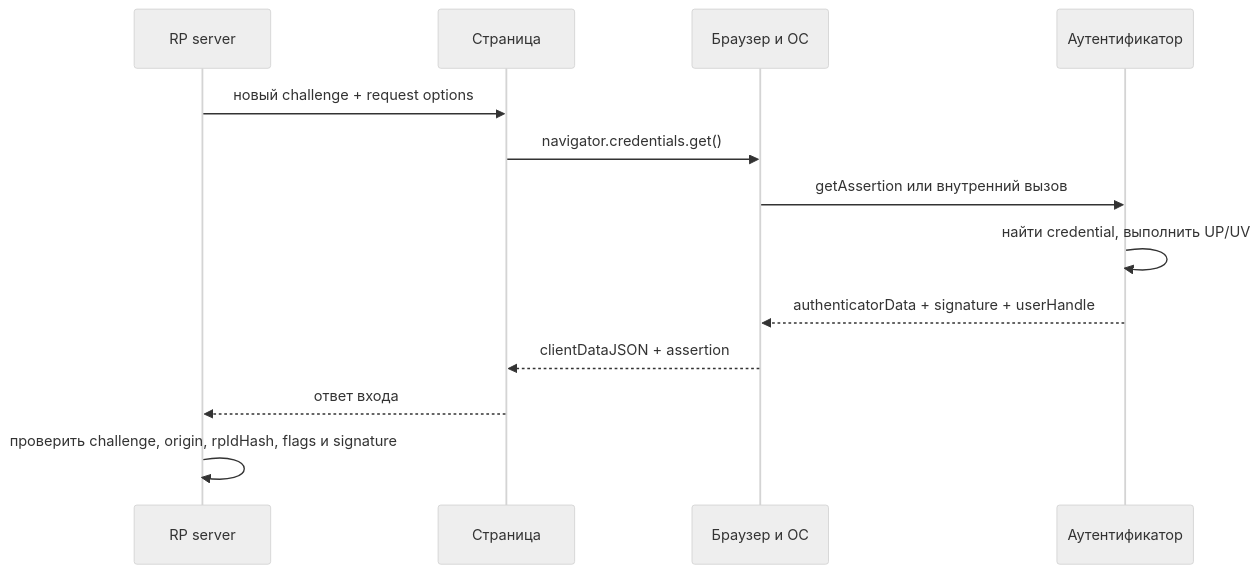
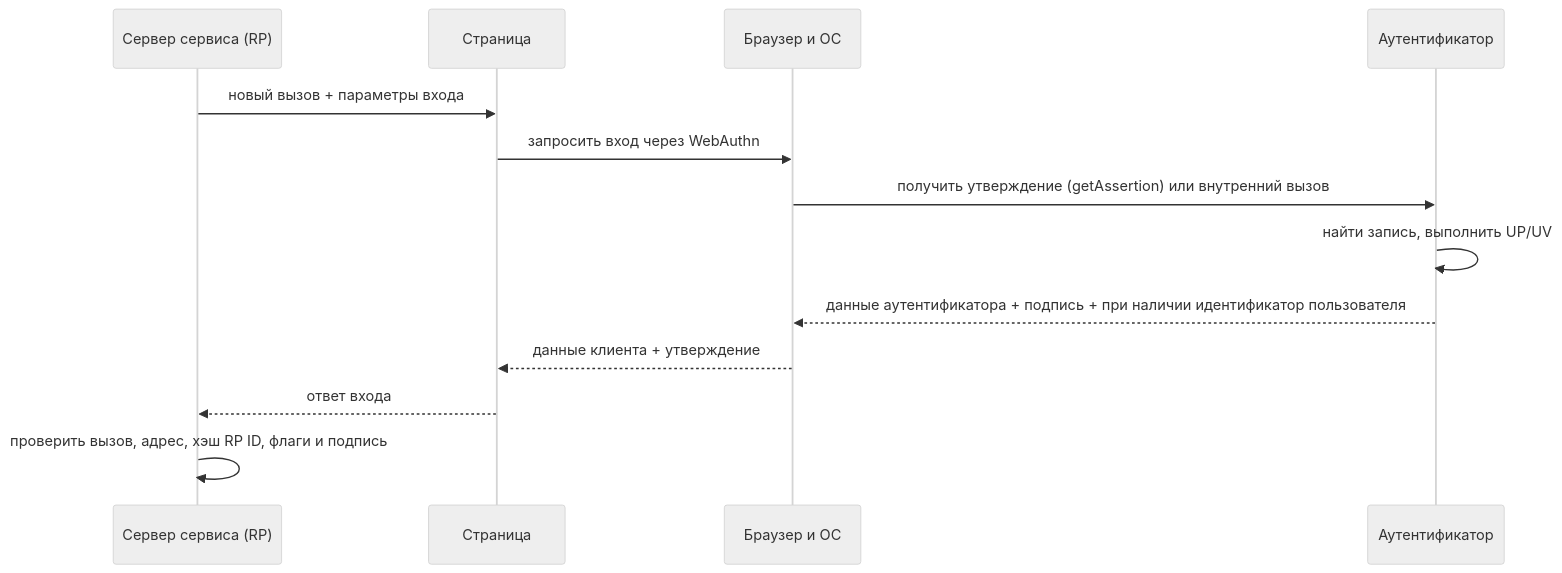
The third of 3 diagrams in FIDO/fido-protocols.md (zapret-discordyoutube/todo), drawn with Mermaid (neutral theme) before and after one commit. The commit also changed other lines of this file and 8 other files, not shown here.

````diff
--- a/FIDO/fido-protocols.md
+++ b/FIDO/fido-protocols.md
@@ -72,15 +140,15 @@
 ```mermaid
 sequenceDiagram
-    participant S as RP server
+    participant S as Сервер сервиса (RP)
     participant P as Страница
     participant C as Браузер и ОС
     participant A as Аутентификатор
-    S->>P: новый challenge + request options
-    P->>C: navigator.credentials.get()
-    C->>A: getAssertion или внутренний вызов
-    A->>A: найти credential, выполнить UP/UV
-    A-->>C: authenticatorData + signature + userHandle
-    C-->>P: clientDataJSON + assertion
+    S->>P: новый вызов + параметры входа
+    P->>C: запросить вход через WebAuthn
+    C->>A: получить утверждение (getAssertion) или внутренний вызов
+    A->>A: найти запись, выполнить UP/UV
+    A-->>C: данные аутентификатора + подпись + при наличии идентификатор пользователя
+    C-->>P: данные клиента + утверждение
     P-->>S: ответ входа
-    S->>S: проверить challenge, origin, rpIdHash, flags и signature
+    S->>S: проверить вызов, адрес, хэш RP ID, флаги и подпись
 ```
````
